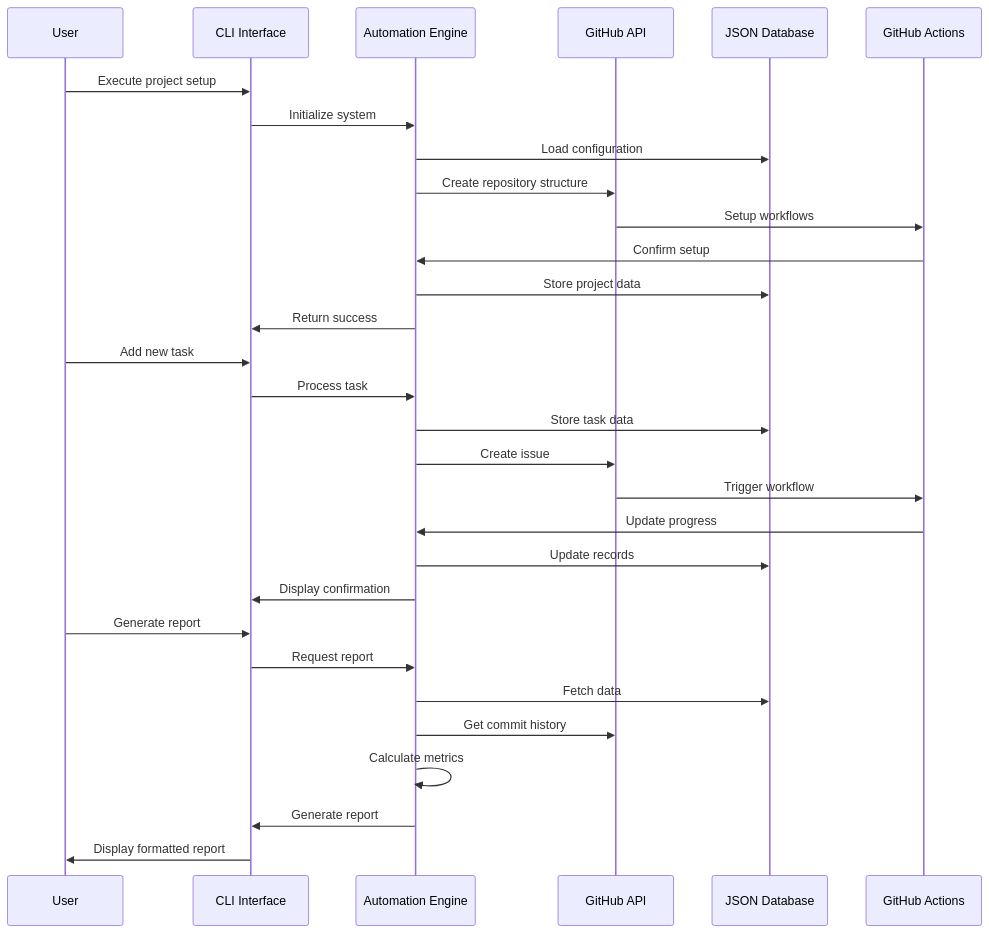
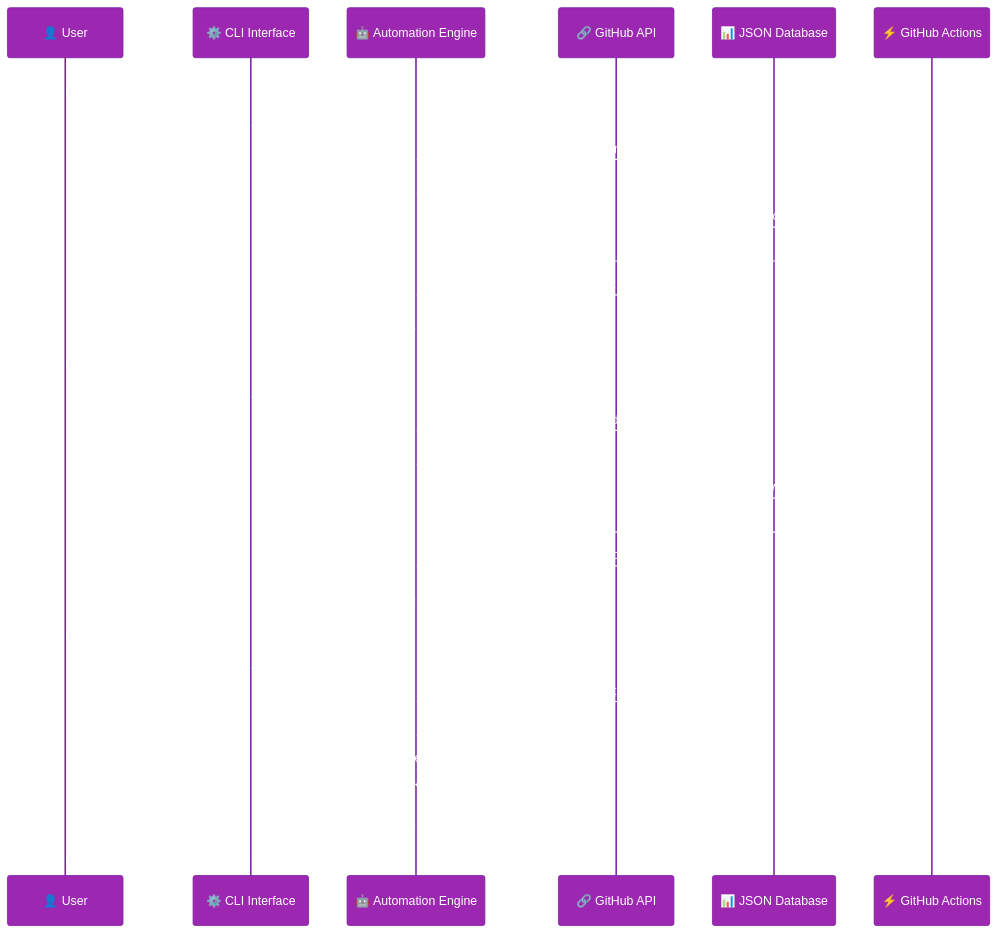
One commit to Shakour-Data/AutoProjectManagement changed diagram 12 of 13 in README.md. Above: the diagram before and after it, drawn with Mermaid. The commit also changed other lines of this file, not shown here.

Commit message:
`Added detailed system architecture diagrams and UML diagrams to the README file.`

````diff
--- a/README.md
+++ b/README.md
@@ -333,35 +466,36 @@
 ```mermaid
+%%{init: {'theme':'base', 'themeVariables': { 'primaryColor': '#9C27B0', 'primaryTextColor': '#fff', 'primaryBorderColor': '#7B1FA2', 'lineColor': '#333', 'secondaryColor': '#4CAF50', 'tertiaryColor': '#fff'}}}%%
 sequenceDiagram
-    participant U as User
-    participant CLI as CLI Interface
-    participant Engine as Automation Engine
-    participant GitHub as GitHub API
-    participant JSON as JSON Database
-    participant Actions as GitHub Actions
+    participant U as 👤 User
+    participant CLI as ⚙️ CLI Interface
+    participant Engine as 🤖 Automation Engine
+    participant GitHub as 🔗 GitHub API
+    participant JSON as 📊 JSON Database
+    participant Actions as ⚡ GitHub Actions
     
     U->>CLI: Execute project setup
     CLI->>Engine: Initialize system
     Engine->>JSON: Load configuration
     Engine->>GitHub: Create repository structure
     GitHub->>Actions: Setup workflows
     Actions->>Engine: Confirm setup
     Engine->>JSON: Store project data
     Engine->>CLI: Return success
     
     U->>CLI: Add new task
     CLI->>Engine: Process task
     Engine->>JSON: Store task data
     Engine->>GitHub: Create issue
     GitHub->>Actions: Trigger workflow
     Actions->>Engine: Update progress
     Engine->>JSON: Update records
     Engine->>CLI: Display confirmation
     
     U->>CLI: Generate report
     CLI->>Engine: Request report
     Engine->>JSON: Fetch data
     Engine->>GitHub: Get commit history
     Engine->>Engine: Calculate metrics
     Engine->>CLI: Generate report
     CLI->>U: Display formatted report
 ```
````
